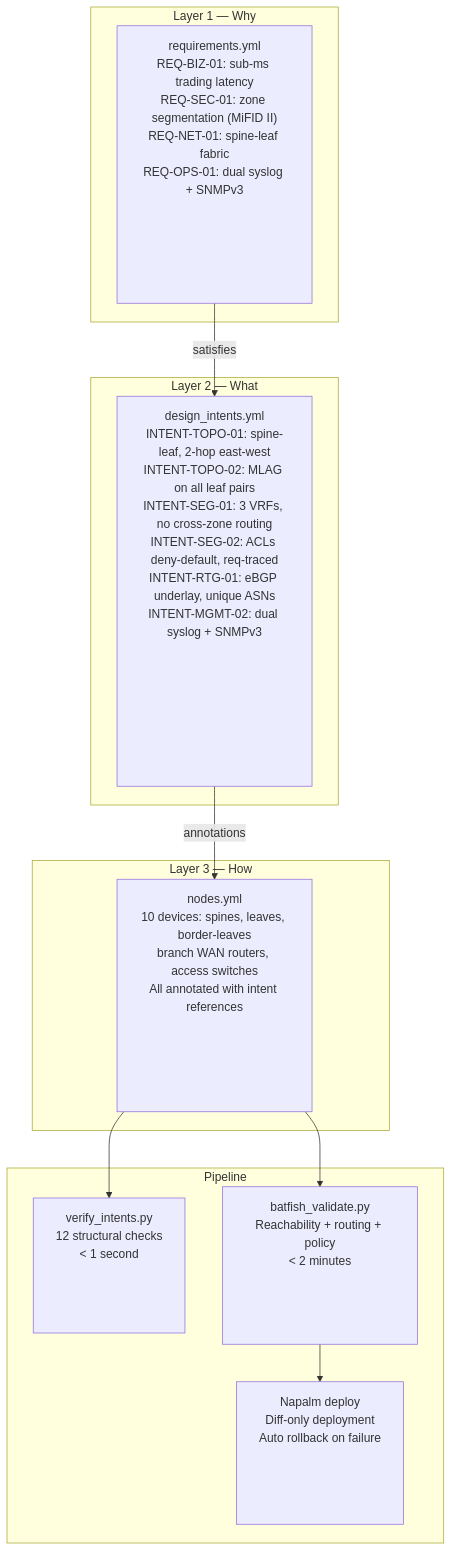
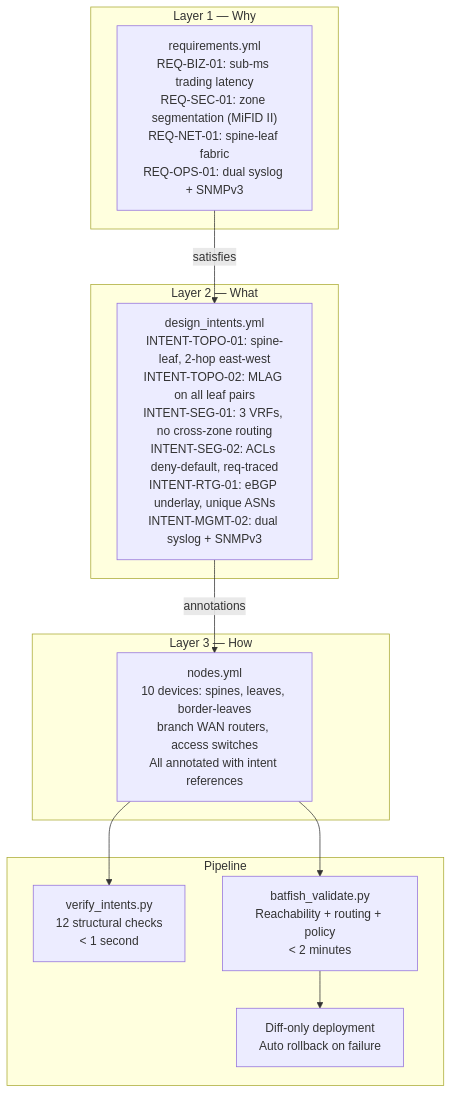
The third of 4 diagrams in 06-architecture-patterns/chapter.md (ppklau/network_automation_handbook), drawn with Mermaid before and after one commit. The commit also changed other lines of this file and 9 other files, not shown here.

Commit message:
Updated Mermaid charts.

````diff
--- a/06-architecture-patterns/chapter.md
+++ b/06-architecture-patterns/chapter.md
@@ -392,26 +392,26 @@
 ```mermaid
 graph TD
     subgraph "Layer 1 — Why"
-        REQ["<div style='min-height:340px'>requirements.yml<br>REQ-BIZ-01: sub-ms trading latency<br>REQ-SEC-01: zone segmentation (MiFID II)<br>REQ-NET-01: spine-leaf fabric<br>REQ-OPS-01: dual syslog + SNMPv3</div>"]
+        REQ["requirements.yml<br>REQ-BIZ-01: sub-ms trading latency<br>REQ-SEC-01: zone segmentation (MiFID II)<br>REQ-NET-01: spine-leaf fabric<br>REQ-OPS-01: dual syslog + SNMPv3"]
     end
 
     subgraph "Layer 2 — What"
-        INT["<div style='min-height:490px'>design_intents.yml<br>INTENT-TOPO-01: spine-leaf, 2-hop east-west<br>INTENT-TOPO-02: MLAG on all leaf pairs<br>INTENT-SEG-01: 3 VRFs, no cross-zone routing<br>INTENT-SEG-02: ACLs deny-default, req-traced<br>INTENT-RTG-01: eBGP underlay, unique ASNs<br>INTENT-MGMT-02: dual syslog + SNMPv3</div>"]
+        INT["design_intents.yml<br>INTENT-TOPO-01: spine-leaf, 2-hop east-west<br>INTENT-TOPO-02: MLAG on all leaf pairs<br>INTENT-SEG-01: 3 VRFs, no cross-zone routing<br>INTENT-SEG-02: ACLs deny-default, req-traced<br>INTENT-RTG-01: eBGP underlay, unique ASNs<br>INTENT-MGMT-02: dual syslog + SNMPv3"]
     end
 
     subgraph "Layer 3 — How"
-        SOT["<div style='min-height:280px'>nodes.yml<br>10 devices: spines, leaves, border-leaves<br>branch WAN routers, access switches<br>All annotated with intent references</div>"]
+        SOT["nodes.yml<br>10 devices: spines, leaves, border-leaves<br>branch WAN routers, access switches<br>All annotated with intent references"]
     end
 
     subgraph "Pipeline"
-        VERIFY["<div style='min-height:150px'>verify_intents.py<br>12 structural checks<br>< 1 second</div>"]
-        BATFISH["<div style='min-height:180px'>batfish_validate.py<br>Reachability + routing + policy<br>< 2 minutes</div>"]
-        DEPLOY["<div style='min-height:160px'>Napalm deploy<br>Diff-only deployment<br>Auto rollback on failure</div>"]
+        VERIFY["verify_intents.py<br>12 structural checks<br>< 1 second"]
+        BATFISH["batfish_validate.py<br>Reachability + routing + policy<br>< 2 minutes"]
+        DEPLOY["Diff-only deployment<br>Auto rollback on failure"]
     end
 
     REQ -->|"satisfies"| INT
     INT -->|"annotations"| SOT
     SOT --> VERIFY
     SOT --> BATFISH
     BATFISH --> DEPLOY
 ```
````
